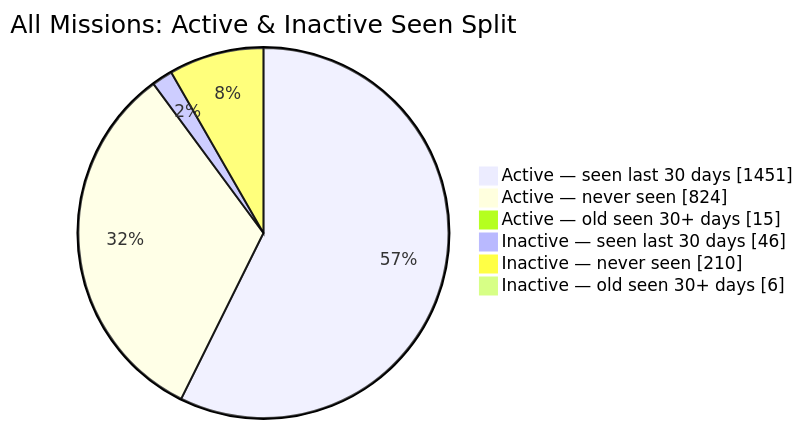
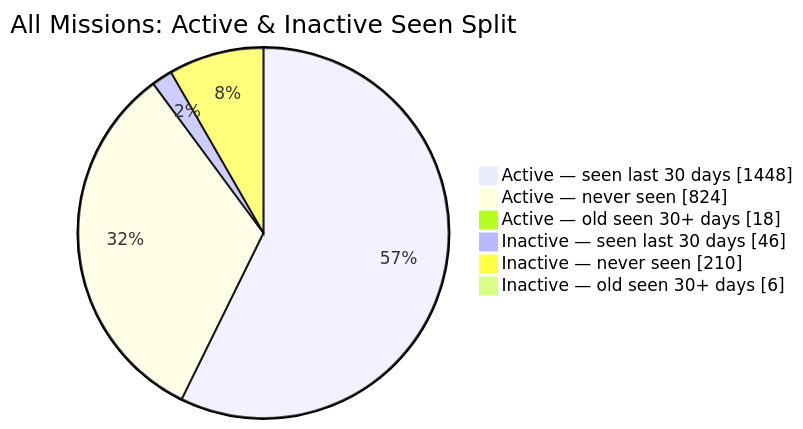
One commit to MeldkamerspelGameTeam/active-missions changed the second of 2 diagrams in README.md. Above: the diagram before and after it, drawn with Mermaid. The commit also changed other lines of this file and 2 other files, not shown here.

````diff
--- a/README.md
+++ b/README.md
@@ -44,10 +44,10 @@
 ```mermaid
 pie showData
     title All Missions: Active & Inactive Seen Split
-    "Active — seen last 30 days" : 1451
+    "Active — seen last 30 days" : 1448
     "Active — never seen" : 824
-    "Active — old seen 30+ days" : 15
+    "Active — old seen 30+ days" : 18
     "Inactive — seen last 30 days" : 46
     "Inactive — never seen" : 210
     "Inactive — old seen 30+ days" : 6
 ```
````
